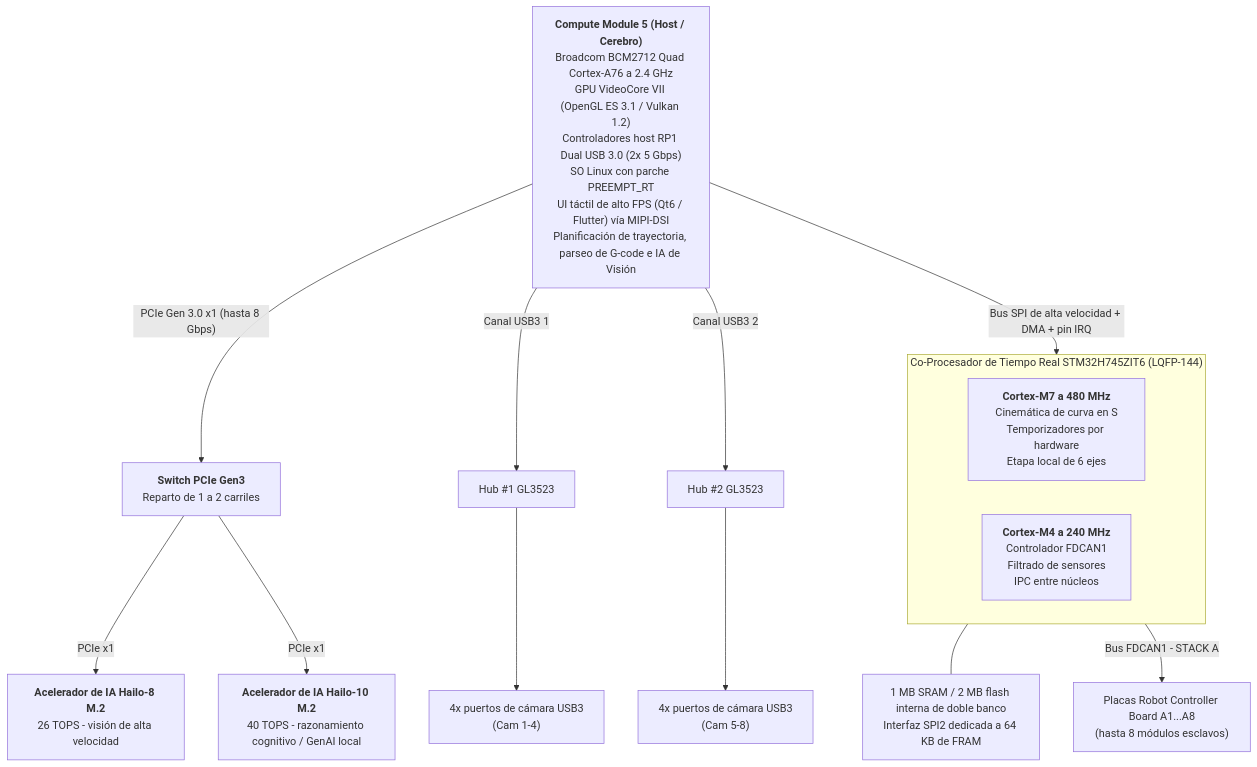
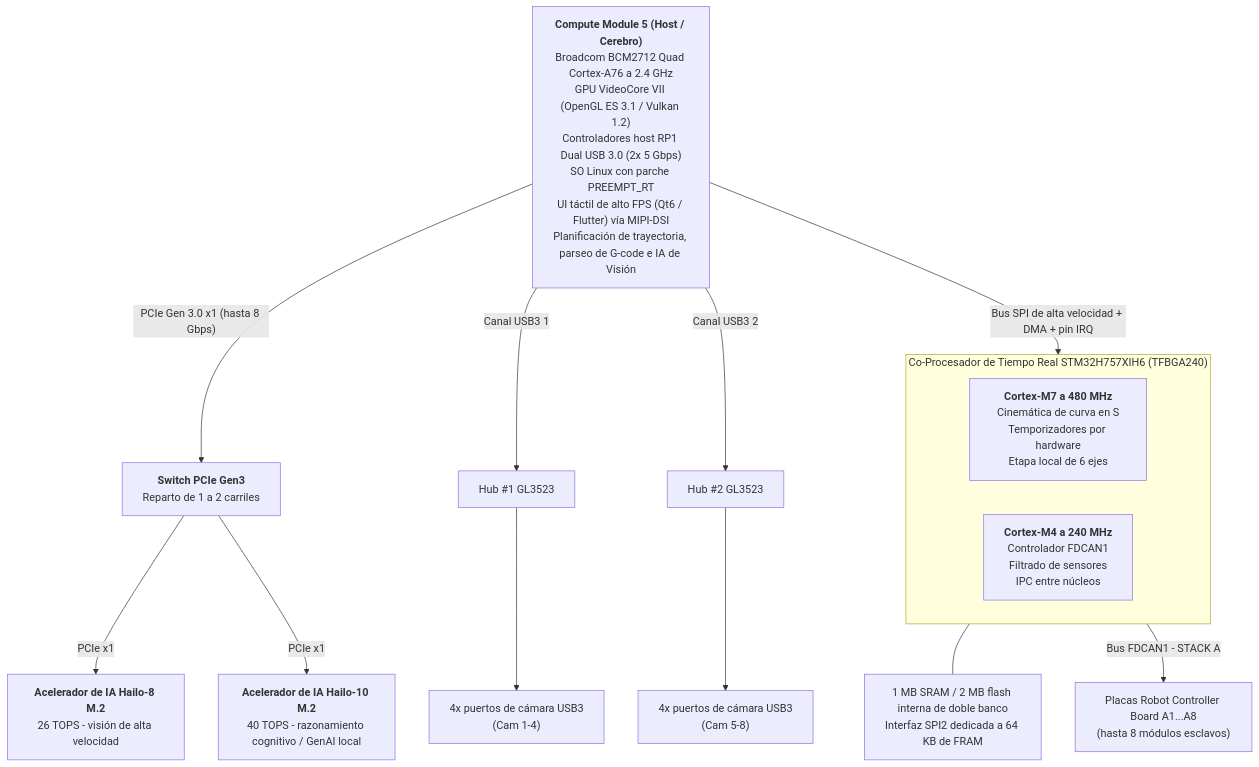
The first of 3 diagrams in README_spa.md (JuanenRac/HYDRA-UMC), drawn with Mermaid before and after one commit. The commit also changed other lines of this file and 41 other files, not shown here.

````diff
--- a/README_spa.md
+++ b/README_spa.md
@@ -89,24 +91,24 @@
 ```mermaid
 flowchart TB
     CM5["<b>Compute Module 5 (Host / Cerebro)</b><br/>Broadcom BCM2712 Quad Cortex-A76 a 2.4 GHz<br/>GPU VideoCore VII (OpenGL ES 3.1 / Vulkan 1.2)<br/>Controladores host RP1 Dual USB 3.0 (2x 5 Gbps)<br/>SO Linux con parche PREEMPT_RT<br/>UI táctil de alto FPS (Qt6 / Flutter) vía MIPI-DSI<br/>Planificación de trayectoria, parseo de G-code e IA de Visión"]
 
     CM5 -- "PCIe Gen 3.0 x1 (hasta 8 Gbps)" --> PCIESW["<b>Switch PCIe Gen3</b><br/>Reparto de 1 a 2 carriles"]
     PCIESW -- "PCIe x1" --> HAILO8["<b>Acelerador de IA Hailo-8 M.2</b><br/>26 TOPS - visión de alta velocidad"]
     PCIESW -- "PCIe x1" --> HAILO10["<b>Acelerador de IA Hailo-10 M.2</b><br/>40 TOPS - razonamiento cognitivo / GenAI local"]
     CM5 -- "Canal USB3 1" --> HUB1["Hub #1 GL3523"]
     CM5 -- "Canal USB3 2" --> HUB2["Hub #2 GL3523"]
     HUB1 --> CAM14["4x puertos de cámara USB3<br/>(Cam 1-4)"]
     HUB2 --> CAM58["4x puertos de cámara USB3<br/>(Cam 5-8)"]
 
     CM5 -- "Bus SPI de alta velocidad + DMA + pin IRQ" --> MCU
 
-    subgraph MCU["Co-Procesador de Tiempo Real STM32H745ZIT6 (LQFP-144)"]
+    subgraph MCU["Co-Procesador de Tiempo Real STM32H757XIH6 (TFBGA240)"]
         direction LR
         CM7["<b>Cortex-M7 a 480 MHz</b><br/>Cinemática de curva en S<br/>Temporizadores por hardware<br/>Etapa local de 6 ejes"]
         CM4["<b>Cortex-M4 a 240 MHz</b><br/>Controlador FDCAN1<br/>Filtrado de sensores<br/>IPC entre núcleos"]
     end
     MEM["1 MB SRAM / 2 MB flash interna de doble banco<br/>Interfaz SPI2 dedicada a 64 KB de FRAM"]
     MCU --- MEM
 
     MCU -- "Bus FDCAN1 - STACK A" --> ROBOTS["Placas Robot Controller Board A1...A8<br/>(hasta 8 módulos esclavos)"]
 ```
````
